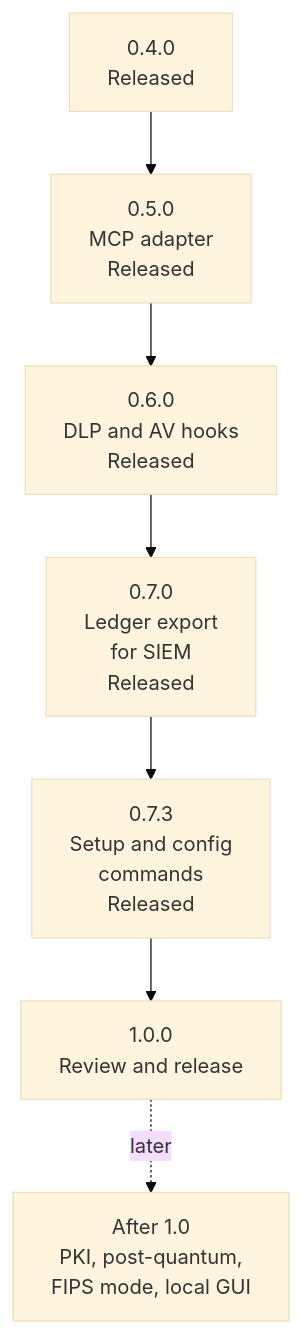
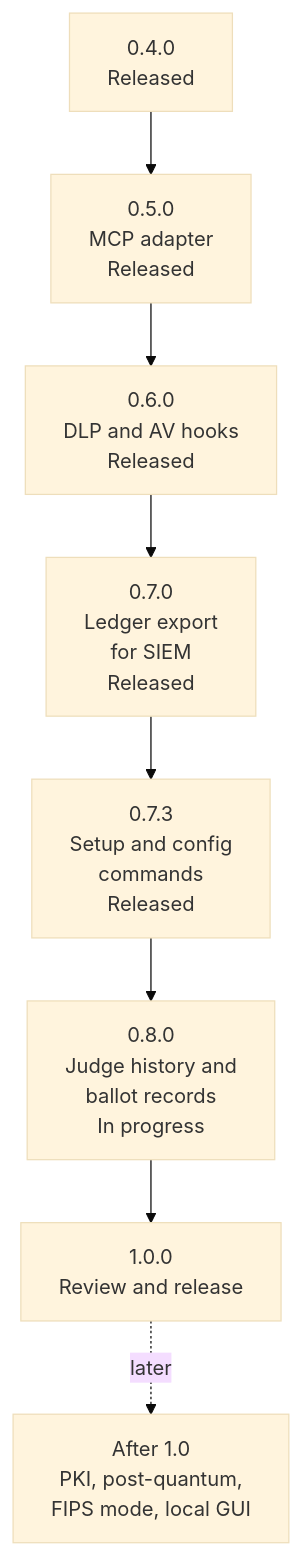
One commit to Insomniac-VibeLabs/two-key changed the diagram in ROADMAP.md. Above: the diagram before and after it, drawn with Mermaid (base theme). The commit also changed other lines of this file and 34 other files, not shown here.

First line of the commit message:
0.8.0: judge history summary, per-judge ballot records, one proxy per agent

````diff
--- a/ROADMAP.md
+++ b/ROADMAP.md
@@ -40,9 +41,10 @@
 ```mermaid
 flowchart TD
   r04["0.4.0<br/>Released"] --> r05["0.5.0<br/>MCP adapter<br/>Released"]
   r05 --> r06["0.6.0<br/>DLP and AV hooks<br/>Released"]
   r06 --> r07["0.7.0<br/>Ledger export<br/>for SIEM<br/>Released"]
   r07 --> r073["0.7.3<br/>Setup and config<br/>commands<br/>Released"]
-  r073 --> r10["1.0.0<br/>Review and release"]
+  r073 --> r08["0.8.0<br/>Judge history and<br/>ballot records<br/>In progress"]
+  r08 --> r10["1.0.0<br/>Review and release"]
   r10 -. "later" .-> after["After 1.0<br/>PKI, post-quantum,<br/>FIPS mode, local GUI"]
 ```
````
